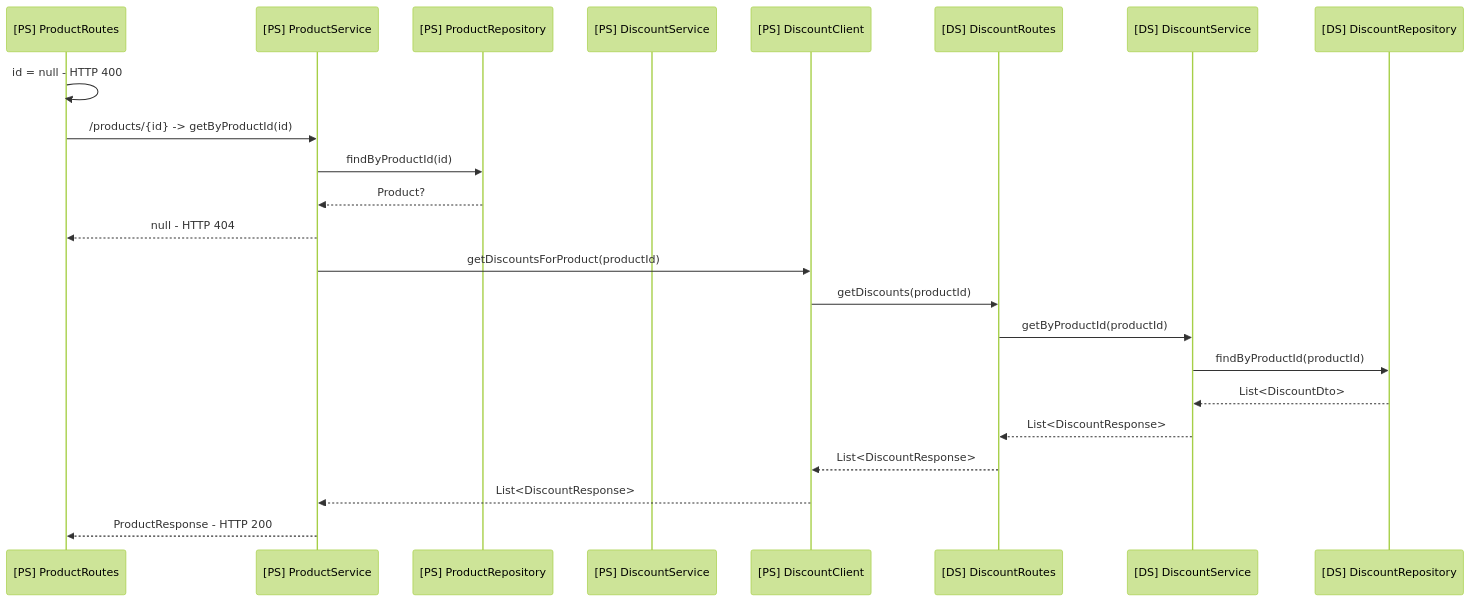
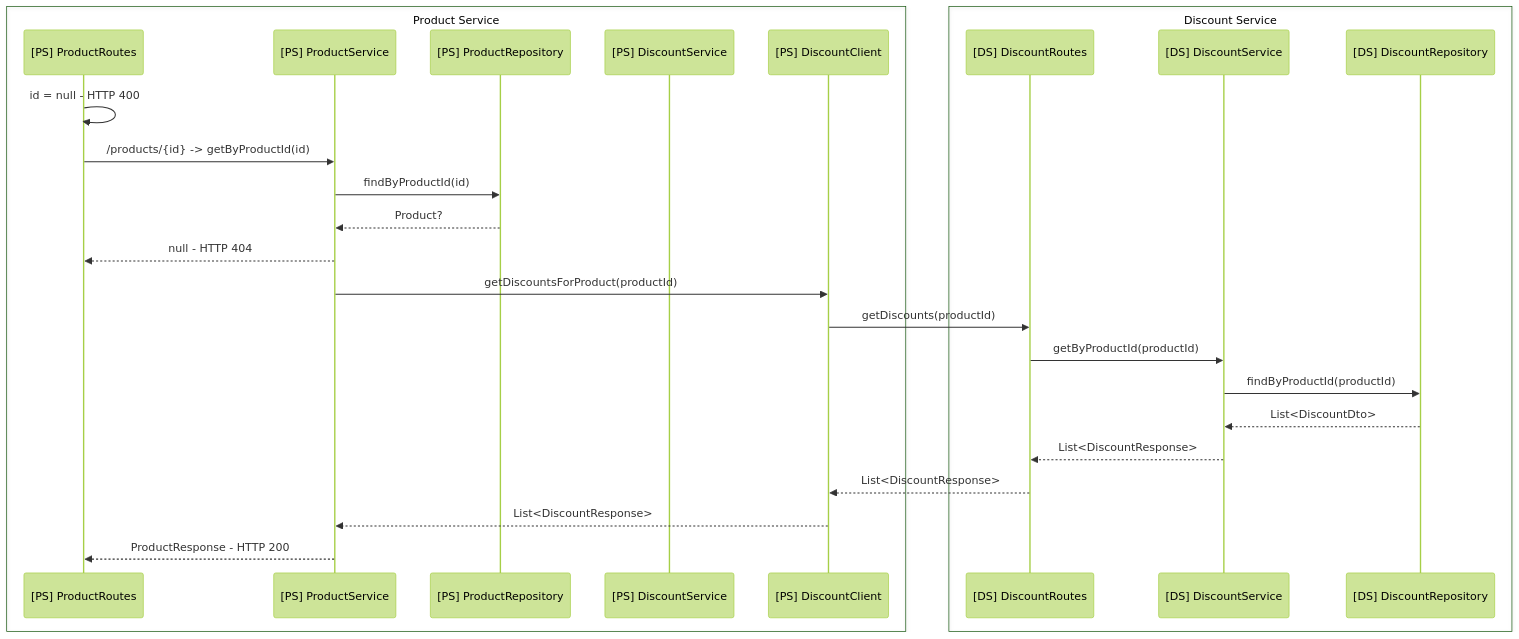
Before and after one commit to svebrant/product-api-assignment: the first of 4 diagrams in ARCHITECTURE.md, drawn with Mermaid (forest theme). The commit also changed other lines of this file, not shown here.

Commit message:
Split the sequence diagrams based on service

````diff
--- a/ARCHITECTURE.md
+++ b/ARCHITECTURE.md
@@ -11,25 +11,30 @@
 ```mermaid
 sequenceDiagram
-    participant [PS] ProductRoutes
-    participant [PS] ProductService
-    participant [PS] ProductRepository
-    participant [PS] DiscountService
-    participant [PS] DiscountClient
-    participant [DS] DiscountRoutes
-    participant [DS] DiscountService
-    participant [DS] DiscountRepository
-    [PS] ProductRoutes ->> [PS] ProductRoutes: id = null - HTTP 400
-    [PS] ProductRoutes ->> [PS] ProductService: /products/{id} -> getByProductId(id)
-    [PS] ProductService ->> [PS] ProductRepository: findByProductId(id)
-    [PS] ProductRepository -->> [PS] ProductService: Product?
-    [PS] ProductService -->> [PS] ProductRoutes: null - HTTP 404
-    [PS] ProductService ->> [PS] DiscountClient: getDiscountsForProduct(productId)
-    [PS] DiscountClient ->> [DS] DiscountRoutes: getDiscounts(productId)
-    [DS] DiscountRoutes ->> [DS] DiscountService: getByProductId(productId)
-    [DS] DiscountService ->> [DS] DiscountRepository: findByProductId(productId)
-    [DS] DiscountRepository -->> [DS] DiscountService: List<DiscountDto>
-    [DS] DiscountService -->> [DS] DiscountRoutes: List<DiscountResponse>
-    [DS] DiscountRoutes -->> [PS] DiscountClient: List<DiscountResponse>
-    [PS] DiscountClient -->> [PS] ProductService: List<DiscountResponse>
-    [PS] ProductService -->> [PS] ProductRoutes: ProductResponse - HTTP 200
+    box Product Service
+        participant PR as [PS] ProductRoutes
+        participant PS as [PS] ProductService
+        participant PREP as [PS] ProductRepository
+        participant DS as [PS] DiscountService
+        participant DC as [PS] DiscountClient
+    end
+    box Discount Service
+        participant DR as [DS] DiscountRoutes
+        participant DSS as [DS] DiscountService
+        participant DREP as [DS] DiscountRepository
+    end
+
+    PR ->> PR: id = null - HTTP 400
+    PR ->> PS: /products/{id} -> getByProductId(id)
+    PS ->> PREP: findByProductId(id)
+    PREP -->> PS: Product?
+    PS -->> PR: null - HTTP 404
+    PS ->> DC: getDiscountsForProduct(productId)
+    DC ->> DR: getDiscounts(productId)
+    DR ->> DSS: getByProductId(productId)
+    DSS ->> DREP: findByProductId(productId)
+    DREP -->> DSS: List<DiscountDto>
+    DSS -->> DR: List<DiscountResponse>
+    DR -->> DC: List<DiscountResponse>
+    DC -->> PS: List<DiscountResponse>
+    PS -->> PR: ProductResponse - HTTP 200
 ```
````
